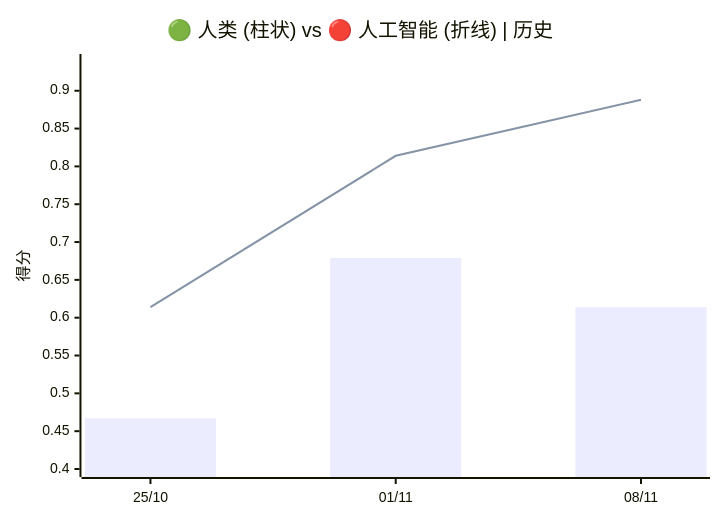
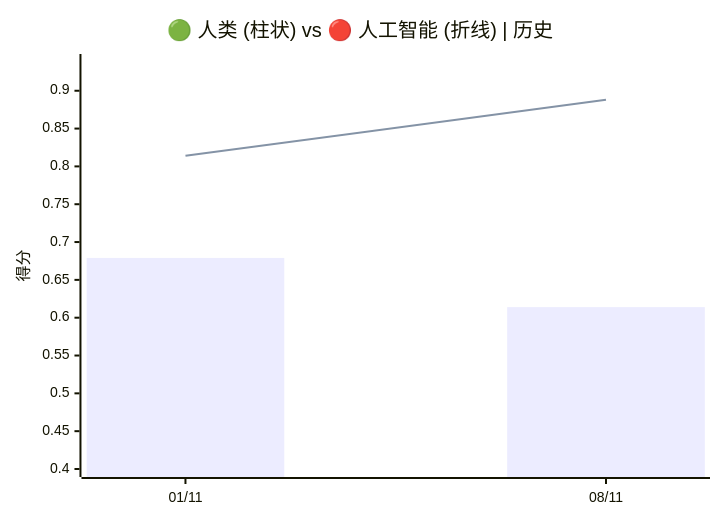
One commit to VQQLK/Human-AI-Monitor changed the first of 3 diagrams in README.zh.md. Above: the diagram before and after it, drawn with Mermaid. The commit also changed other lines of this file and 2 other files, not shown here.

Commit message:
chore: sync latest [skip ci]

````diff
--- a/README.zh.md
+++ b/README.zh.md
@@ -35,8 +35,8 @@
 ```mermaid
 xychart-beta
     title "🟢 人类 (柱状) vs 🔴 人工智能 (折线) | 历史"
-    x-axis ["25/10", "01/11", "08/11"]
+    x-axis ["01/11", "08/11"]
     y-axis "得分" 0.400 --> 0.938
-    bar [0.467, 0.679, 0.614]
-    line [0.614, 0.814, 0.888]
+    bar [0.679, 0.614]
+    line [0.814, 0.888]
 ```
````
